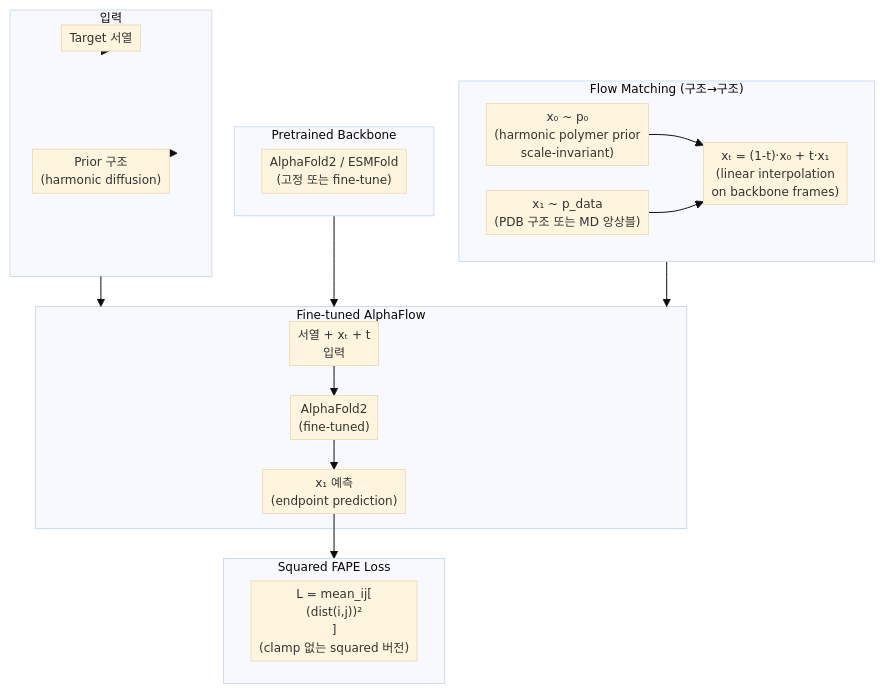
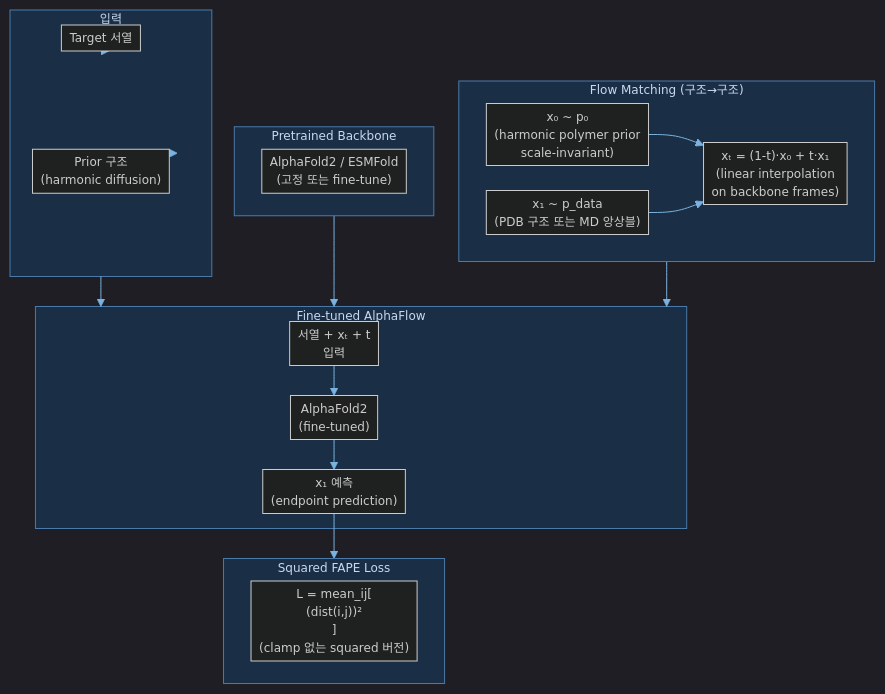
Before and after one commit to rlaalswhd199/PARA-vault: the diagram in 1_Projects/Crypticflow/Reading_Notes/Paper_Bose24_AlphaFlow.md, drawn with Mermaid. The commit also changed other lines of this file and 32 other files, not shown here.

````diff
--- a/1_Projects/Crypticflow/Reading_Notes/Paper_Bose24_AlphaFlow.md
+++ b/1_Projects/Crypticflow/Reading_Notes/Paper_Bose24_AlphaFlow.md
@@ -24,37 +19,37 @@
 ```mermaid
-%%{init: {'theme':'base', 'flowchart': {'htmlLabels': false, 'curve': 'basis', 'nodeSpacing': 25, 'rankSpacing': 30, 'padding': 4, 'useMaxWidth': true}, 'themeVariables': {'fontSize': '12px'}}}%%
+%%{init: {'theme':'dark', 'flowchart': {'htmlLabels': true, 'curve': 'basis', 'nodeSpacing': 25, 'rankSpacing': 30, 'padding': 4, 'useMaxWidth': true}, 'themeVariables': {'fontSize': '12px', 'primaryColor': '#2d4a6e', 'primaryTextColor': '#e8eaf0', 'primaryBorderColor': '#5a8abf', 'lineColor': '#7ab3e0', 'secondaryColor': '#1e3a5a', 'tertiaryColor': '#162840', 'clusterBkg': '#1a2f45', 'clusterBorder': '#4a7aaa', 'titleColor': '#c8d8f0', 'edgeLabelBackground': '#1a2f45', 'nodeTextColor': '#e8eaf0'}}}%%
 flowchart TB
     subgraph INPUT4["입력"]
         SEQ4["Target 서열"]
-        PRIOR["Prior 구조\n(harmonic diffusion)"]
+        PRIOR["Prior 구조<br/>(harmonic diffusion)"]
     end
 
     subgraph PRETRAIN["Pretrained Backbone"]
-        AF2["AlphaFold2 / ESMFold\n(고정 또는 fine-tune)"]
+        AF2["AlphaFold2 / ESMFold<br/>(고정 또는 fine-tune)"]
     end
 
     subgraph FLOW2["Flow Matching (구조→구조)"]
         direction LR
-        X0AF["x₀ ~ p₀\n(harmonic polymer prior\nscale-invariant)"]
-        X1AF["x₁ ~ p_data\n(PDB 구조 또는 MD 앙상블)"]
-        XTAF["xₜ = (1-t)·x₀ + t·x₁\n(linear interpolation\non backbone frames)"]
+        X0AF["x₀ ~ p₀<br/>(harmonic polymer prior<br/>scale-invariant)"]
+        X1AF["x₁ ~ p_data<br/>(PDB 구조 또는 MD 앙상블)"]
+        XTAF["xₜ = (1-t)·x₀ + t·x₁<br/>(linear interpolation<br/>on backbone frames)"]
         X0AF --> XTAF
         X1AF --> XTAF
     end
 
     subgraph FINETUNED["Fine-tuned AlphaFlow"]
-        COND2["서열 + xₜ + t\n입력"]
-        AF_FT["AlphaFold2\n(fine-tuned)"]
-        PRED_X1["x₁ 예측\n(endpoint prediction)"]
+        COND2["서열 + xₜ + t<br/>입력"]
+        AF_FT["AlphaFold2<br/>(fine-tuned)"]
+        PRED_X1["x₁ 예측<br/>(endpoint prediction)"]
         COND2 --> AF_FT --> PRED_X1
     end
 
     subgraph FAPE2["Squared FAPE Loss"]
-        SFAPE["L = mean_ij[\n  (dist(i,j))²\n]\n(clamp 없는 squared 버전)"]
+        SFAPE["L = mean_ij[<br/>  (dist(i,j))²<br/>]<br/>(clamp 없는 squared 버전)"]
     end
 
     SEQ4 & PRIOR --> INPUT4
     INPUT4 & PRETRAIN --> FINETUNED
     FLOW2 --> FINETUNED
     PRED_X1 --> FAPE2
 ```
````
